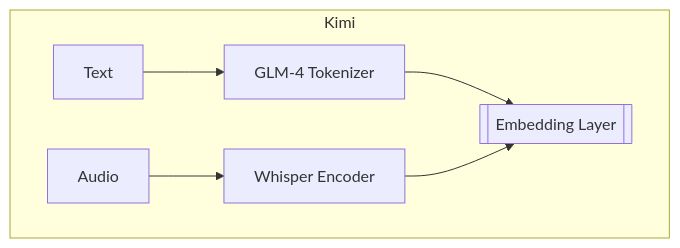
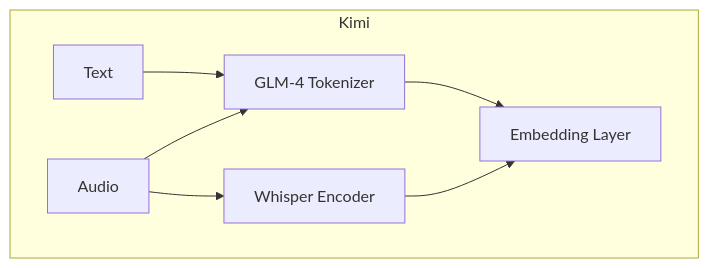
One commit to jiaxuan030331/China-Multi-Lingual-ASR-System changed the diagram in README.md. Above: the diagram before and after it, drawn with Mermaid.

````diff
--- a/README.md
+++ b/README.md
@@ -13,15 +13,18 @@
 ```mermaid
 flowchart LR
-  %% Kimi: multimodal to embedding
+  %% Kimi: multimodal -> embedding
   subgraph Kimi
     direction LR
-    T[Text]
-    A[Audio]
-    TK[GLM-4 Tokenizer]
-    WE[Whisper Encoder]
-    E[[Embedding Layer]]
+    T["Text"]
+    A["Audio"]
+    TK["GLM-4 Tokenizer"]
+    WE["Whisper Encoder"]
+    E["Embedding Layer"]
 
-    T --> TK --> E
-    A --> WE --> E
+    T  --> TK
+    A  --> TK
+    A  --> WE
+    TK --> E
+    WE --> E
   end
 ```
````
